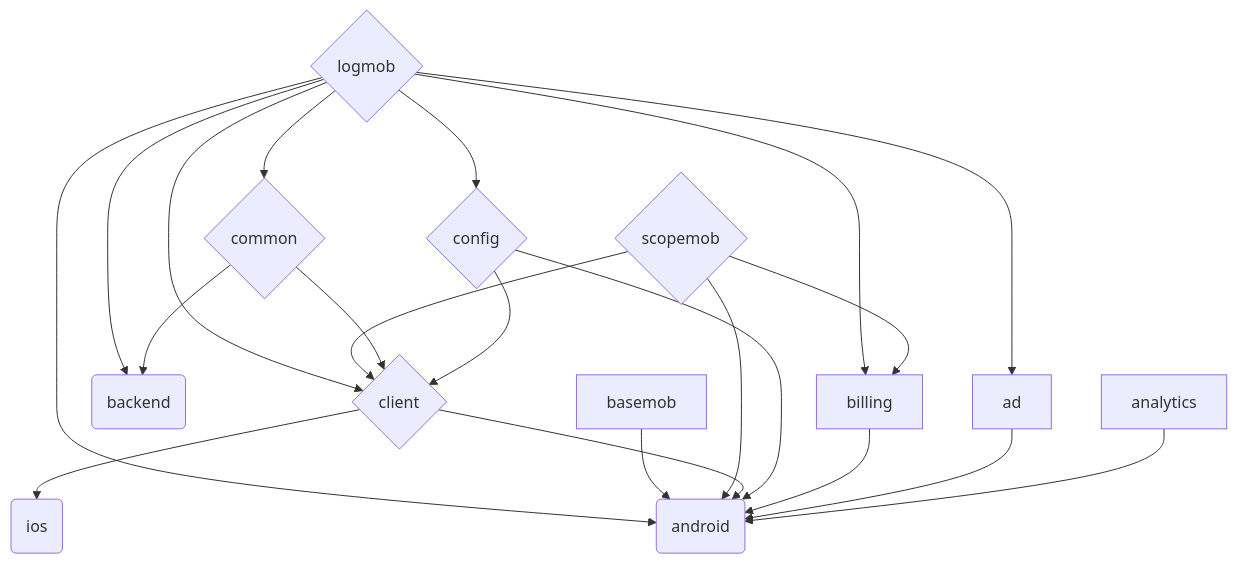
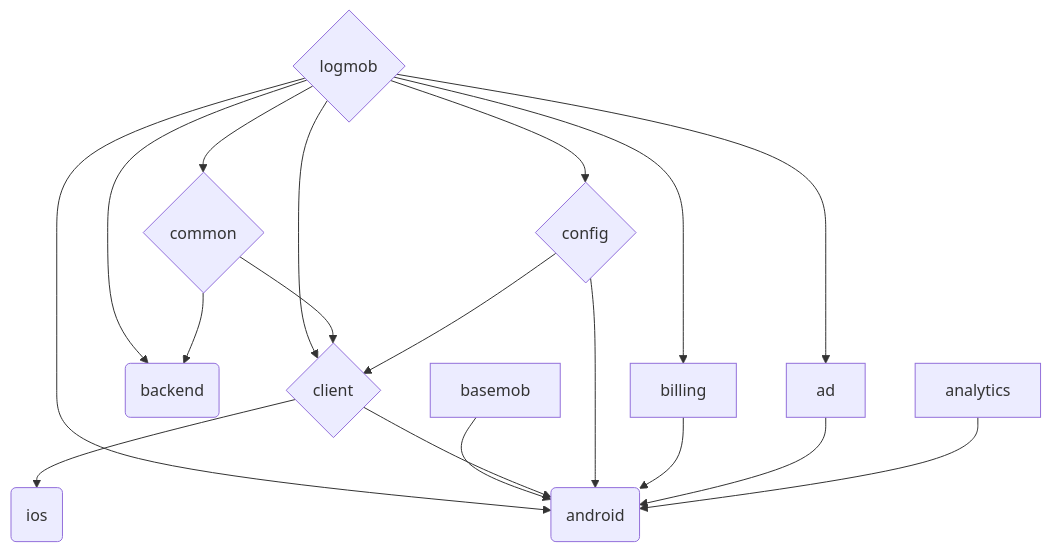
Before and after one commit to Oztechan/CCC: the first of 2 diagrams in README.md, drawn with Mermaid. The commit also changed 8 other files, not shown here.

````diff
--- a/README.md
+++ b/README.md
@@ -85,36 +85,32 @@
 ```mermaid
 graph TD;
 
 logmob{logmob}-->config
 logmob-->ad
 logmob-->android
 logmob-->backend
 logmob-->billing
 logmob-->client
 logmob-->common
 
 basemob-->android
-
-scopemob{scopemob}-->client
-scopemob-->android
-scopemob-->billing
 
 client{client}-->android
 client-->ios
 
 common{common}-->client
 common-->backend
 
 config{config}-->android
 config-->client
 
 billing-->android
 
 ad-->android
 
 analytics-->android
 
 backend(backend)
 android(android)
 ios(ios)
 ```
````
